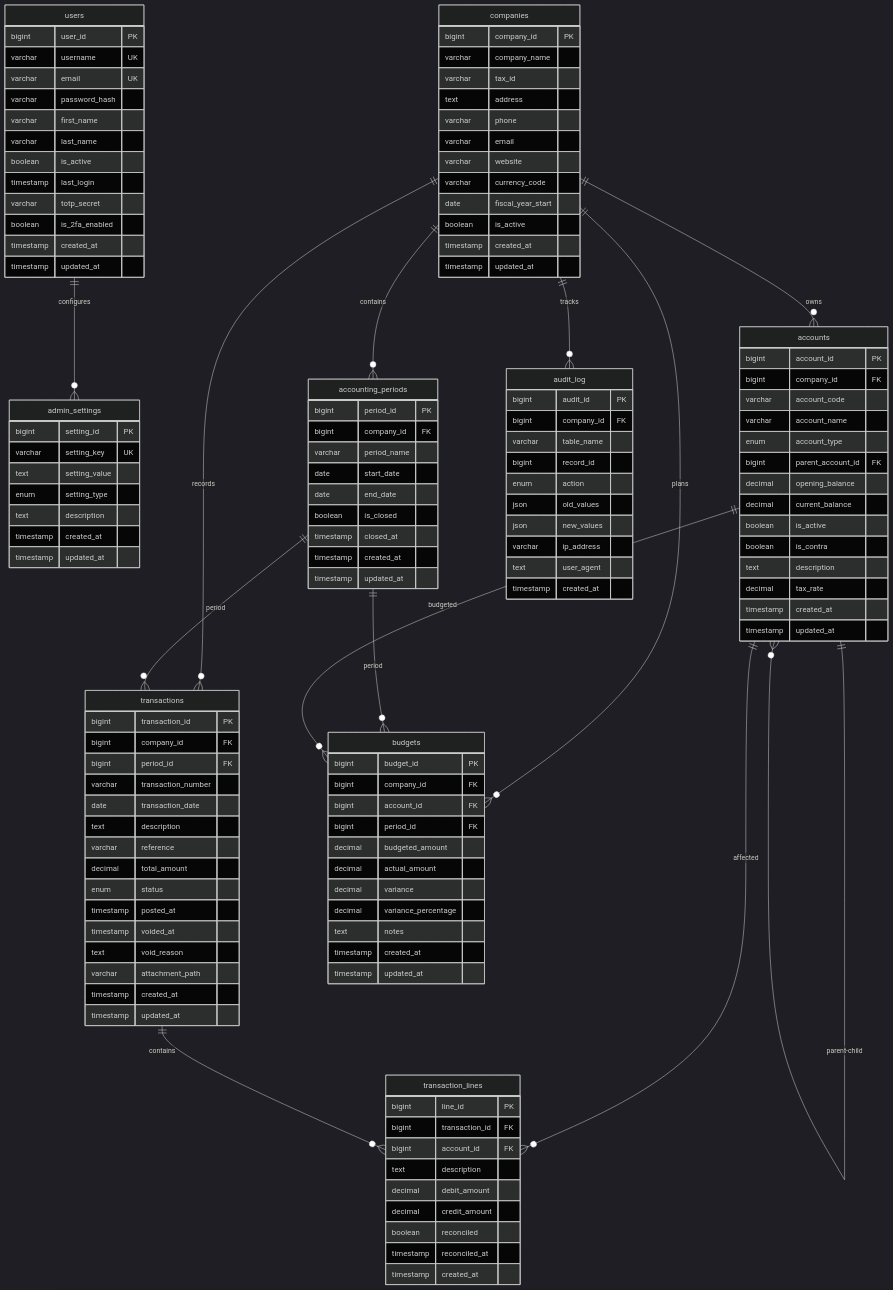
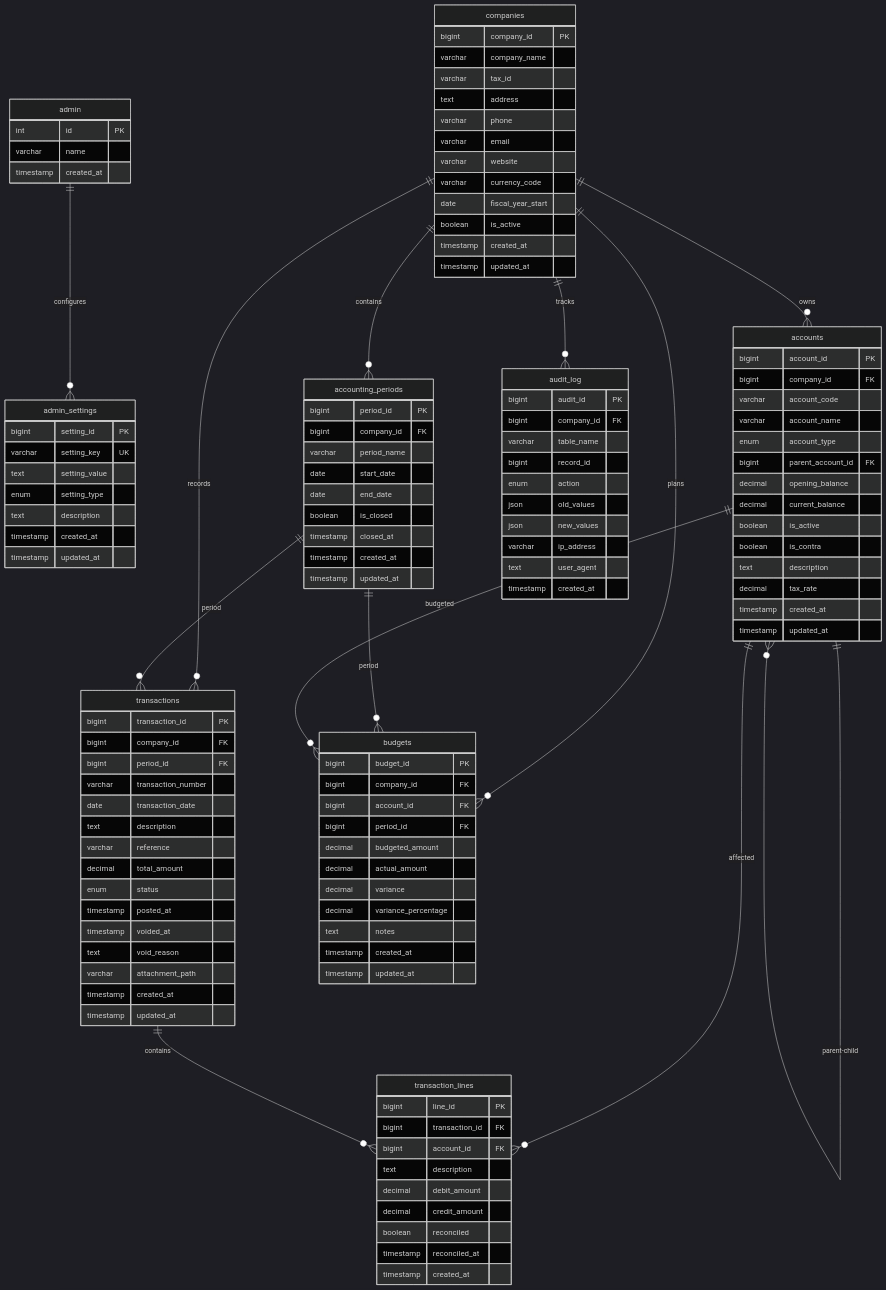
The diagram in ERD.md (NerfedChou/Sync), drawn with Mermaid (dark theme) before and after one commit. The commit also changed other lines of this file and 2171 other files, not shown here.

````diff
--- a/ERD.md
+++ b/ERD.md
@@ -4,19 +4,10 @@
 ```mermaid
 erDiagram
     %% Core Entities
-    users {
-        bigint user_id PK
-        varchar username UK
-        varchar email UK
-        varchar password_hash
-        varchar first_name
-        varchar last_name
-        boolean is_active
-        timestamp last_login
-        varchar totp_secret
-        boolean is_2fa_enabled
+    admin {
+        int id PK
+        varchar name
         timestamp created_at
-        timestamp updated_at
     }
 
     companies {
@@ -135,7 +126,7 @@
     }
 
     %% Relationships
-    users ||--o{ admin_settings : "configures"
+    admin ||--o{ admin_settings : "configures"
     
     companies ||--o{ accounting_periods : "contains"
     companies ||--o{ accounts : "owns"
@@ -154,7 +145,7 @@
     
     %% Indexes and Constraints
     %% Unique Constraints
-    %% users.username, users.email, admin_settings.setting_key
+    %% admin_settings.setting_key
     %% companies.company_name, accounting_periods.(company_id,start_date,end_date)
     %% accounts.(company_id,account_code), transactions.(company_id,transaction_number)
     %% budgets.(company_id,account_id,period_id)
````
